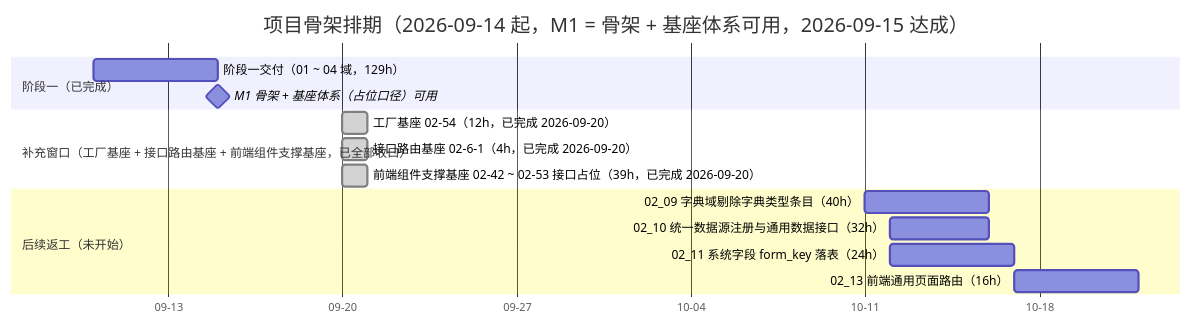
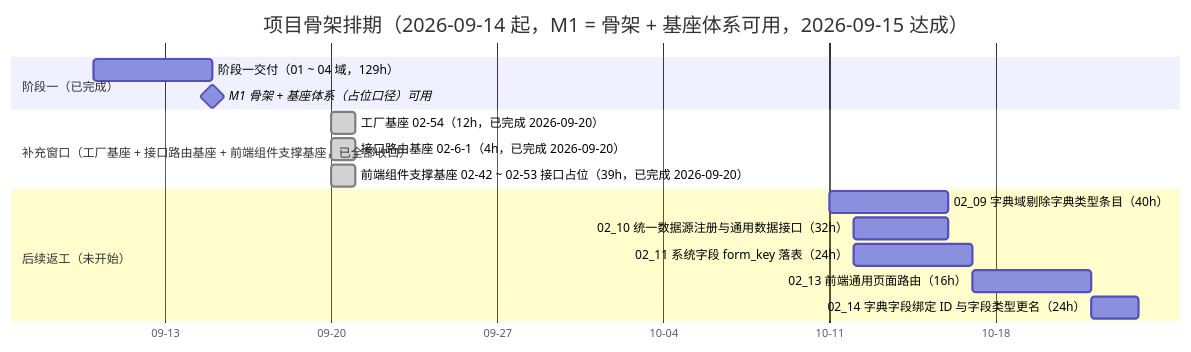
One commit to minjian123/basic-management-system changed the diagram in bms文档/项目/01_项目骨架/计划/01_计划_项目骨架.md. Above: the diagram before and after it, drawn with Mermaid. The commit also changed other lines of this file and 14 other files, not shown here.

````diff
--- a/bms文档/项目/01_项目骨架/计划/01_计划_项目骨架.md
+++ b/bms文档/项目/01_项目骨架/计划/01_计划_项目骨架.md
@@ -161,18 +161,19 @@
 ```mermaid
 gantt
     title 项目骨架排期（2026-09-14 起，M1 = 骨架 + 基座体系可用，2026-09-15 达成）
     dateFormat  YYYY-MM-DD
     axisFormat %m-%d
     section 阶段一（已完成）
     阶段一交付（01 ~ 04 域，129h） :done1, 2026-09-10, 2026-09-15
     M1 骨架 + 基座体系（占位口径）可用 :milestone, m1, 2026-09-15, 0d
     section 补充窗口（工厂基座 + 接口路由基座 + 前端组件支撑基座，已全部收口）
     工厂基座 02-54（12h，已完成 2026-09-20） :done, fac, 2026-09-20, 1d
     接口路由基座 02-6-1（4h，已完成 2026-09-20） :done, route, 2026-09-20, 1d
     前端组件支撑基座 02-42 ~ 02-53 接口占位（39h，已完成 2026-09-20） :done, supp, 2026-09-20, 1d
     section 后续返工（未开始）
     02_09 字典域剔除字典类型条目（40h） :d09, 2026-10-11, 2026-10-16
     02_10 统一数据源注册与通用数据接口（32h） :d10, 2026-10-12, 2026-10-16
     02_11 系统字段 form_key 落表（24h） :d11, 2026-10-12, 2026-10-17
     02_13 前端通用页面路由（16h） :d13, 2026-10-17, 2026-10-22
+    02_14 字典字段绑定 ID 与字段类型更名（24h） :d14, 2026-10-22, 2026-10-24
 ```
````
